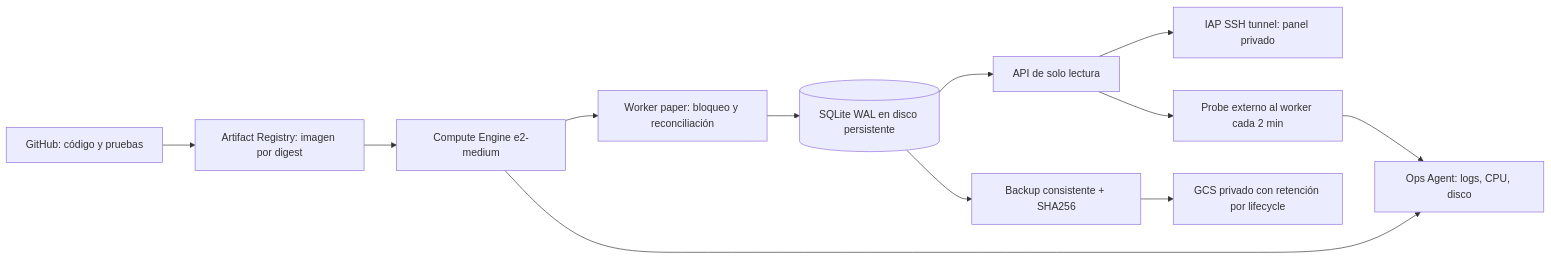
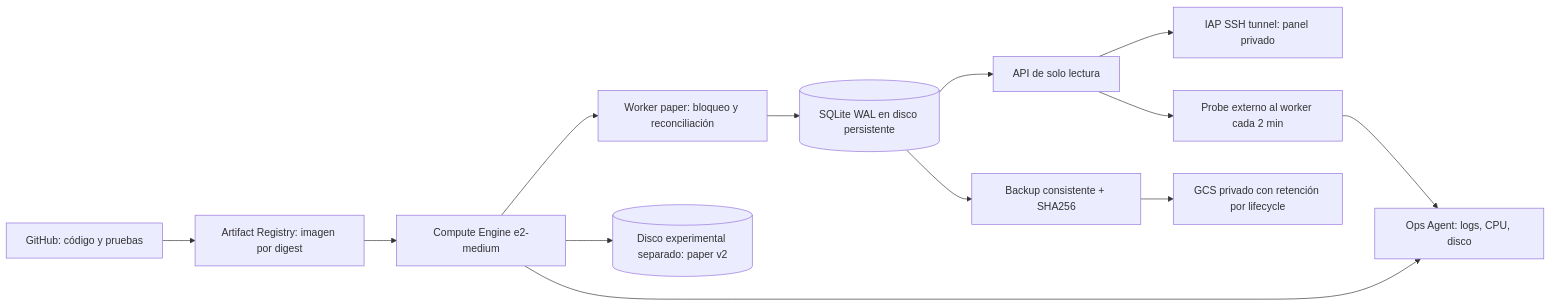
The diagram in docs/GCP_ARCHITECTURE.md (MarioB19/trading-lab), drawn with Mermaid before and after one commit. The commit also changed other lines of this file and 37 other files, not shown here.

Commit message:
Prepara paper verificable, respaldo y despliegue experimental aislado

````diff
--- a/docs/GCP_ARCHITECTURE.md
+++ b/docs/GCP_ARCHITECTURE.md
@@ -7,14 +7,15 @@
 ```mermaid
 flowchart LR
   GH[GitHub: código y pruebas] --> AR[Artifact Registry: imagen por digest]
   AR --> VM[Compute Engine e2-medium]
   VM --> W[Worker paper: bloqueo y reconciliación]
   W --> DB[(SQLite WAL en disco persistente)]
+  VM --> EXP[(Disco experimental separado: paper v2)]
   DB --> API[API de solo lectura]
   API --> IAP[IAP SSH tunnel: panel privado]
   DB --> BK[Backup consistente + SHA256]
   BK --> GCS[GCS privado con retención por lifecycle]
   VM --> MON[Ops Agent: logs, CPU, disco]
   API --> HB[Probe externo al worker cada 2 min]
   HB --> MON
 ```
````
